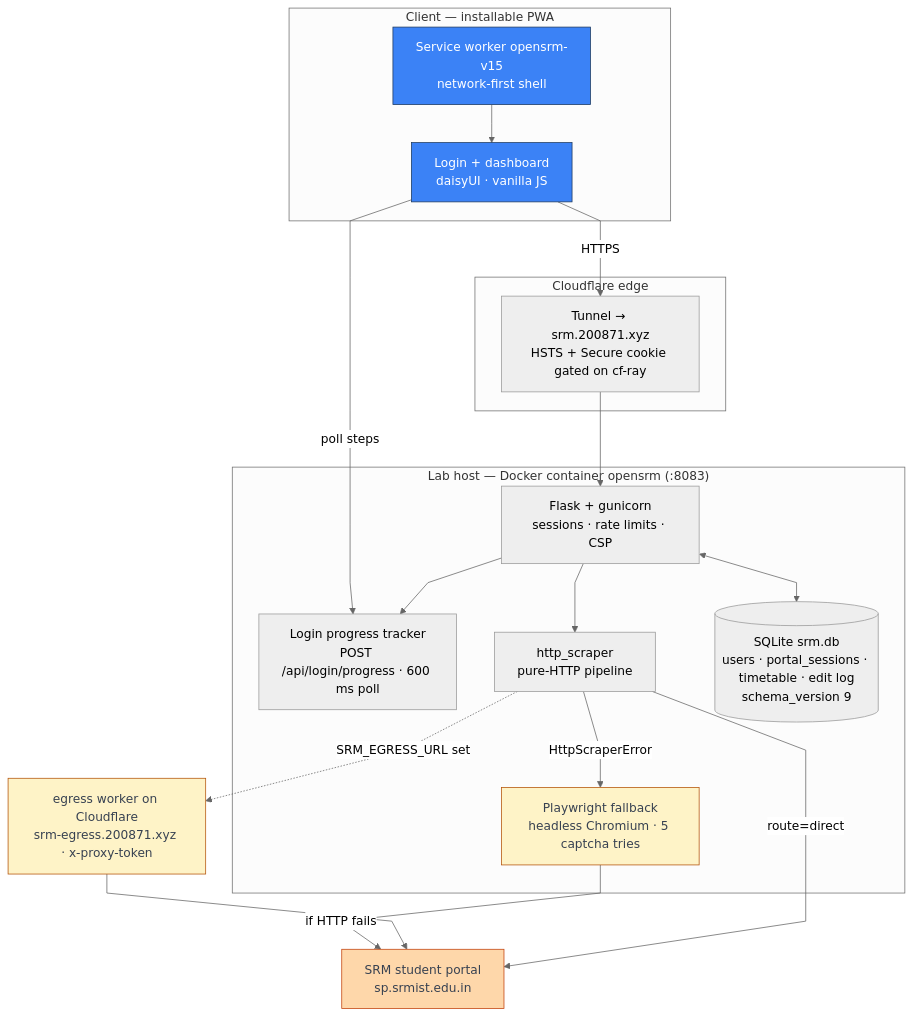
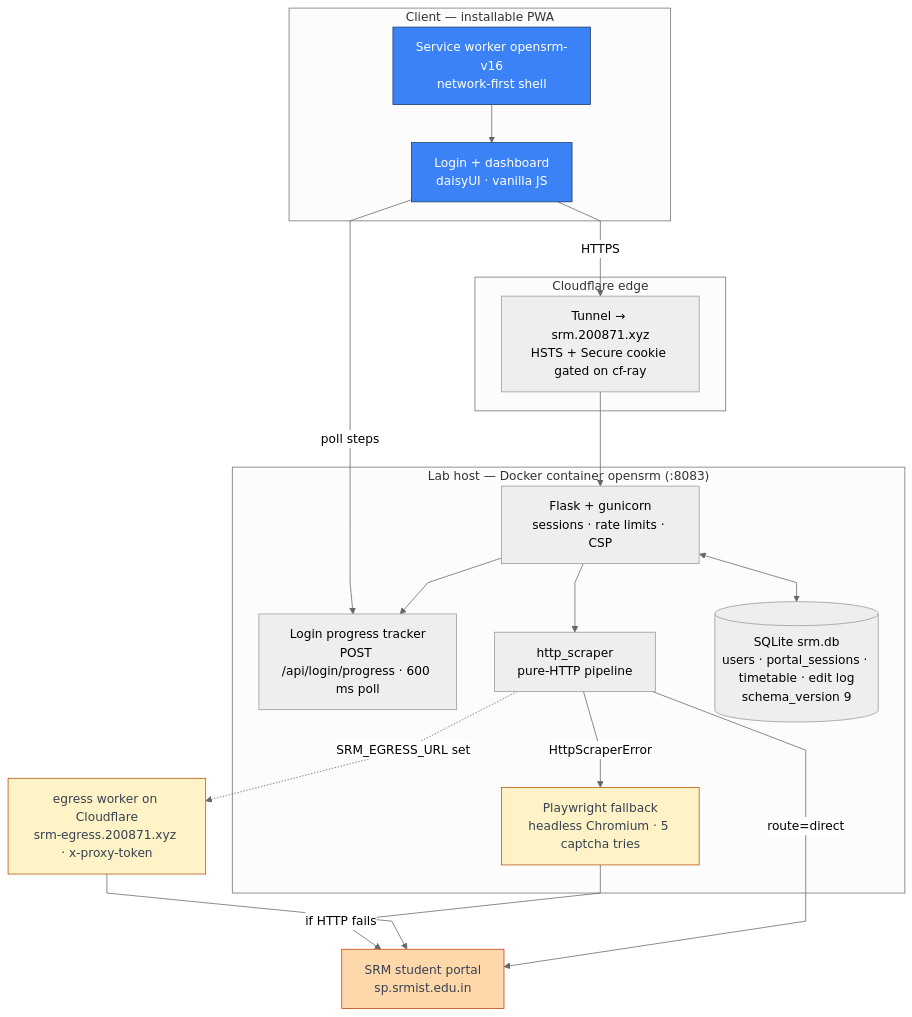
Before and after one commit to thenabbu/OpenSRM: the first of 3 diagrams in README.md, drawn with Mermaid (neutral theme). The commit also changed 9 other files, not shown here.

````diff
--- a/README.md
+++ b/README.md
@@ -65,43 +65,43 @@
 ```mermaid
 %%{init: {"flowchart": {"curve": "linear"}}}%%
 flowchart TD
     subgraph client["Client — installable PWA"]
         UI["Login + dashboard<br/>daisyUI · vanilla JS"]
-        SW["Service worker opensrm-v15<br/>network-first shell"]
+        SW["Service worker opensrm-v16<br/>network-first shell"]
     end
 
     subgraph edge["Cloudflare edge"]
         TUN["Tunnel → srm.200871.xyz<br/>HSTS + Secure cookie gated on cf-ray"]
     end
 
     subgraph lab["Lab host — Docker container opensrm (:8083)"]
         FL["Flask + gunicorn<br/>sessions · rate limits · CSP"]
         PROG["Login progress tracker<br/>POST /api/login/progress · 600 ms poll"]
         HS["http_scraper<br/>pure-HTTP pipeline"]
         PW["Playwright fallback<br/>headless Chromium · 5 captcha tries"]
         DB[("SQLite srm.db<br/>users · portal_sessions · timetable · edit log<br/>schema_version 9")]
         FL --> PROG
         FL <--> DB
         FL --> HS
         HS -->|"HttpScraperError"| PW
     end
 
     EG["egress worker on Cloudflare<br/>srm-egress.200871.xyz · x-proxy-token"]
     P["SRM student portal<br/>sp.srmist.edu.in"]
 
     UI -->|"HTTPS"| TUN
     TUN --> FL
     SW --> UI
     UI -->|"poll steps"| PROG
     HS -->|"route=direct"| P
     HS -.->|"SRM_EGRESS_URL set"| EG
     EG --> P
     PW -->|"if HTTP fails"| P
 
     classDef client fill:#3b82f6,stroke:#1e3a5f,color:#ffffff
     classDef conditional fill:#fef3c7,stroke:#b45309,color:#374151
     classDef external fill:#fed7aa,stroke:#c2410c,color:#374151
     class UI,SW client
     class PW,EG conditional
     class P external
 ```
````
